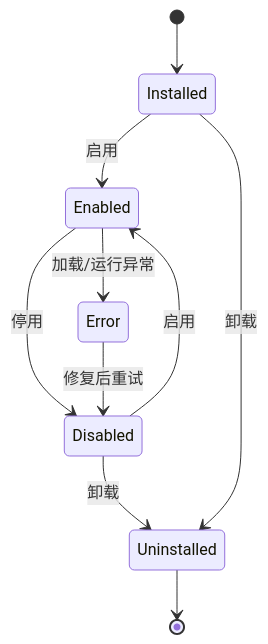
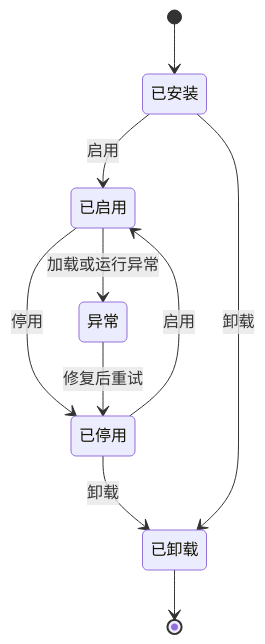
Before and after one commit to yswenli/luban-agent: the second of 2 diagrams in docs/PRD-插件体系与新建项目插件.md, drawn with Mermaid. The commit also changed other lines of this file, not shown here.

First line of the commit message:
docs: PRD v0.11 新增 Step6 推送到新代码库、七步草图、去代码化

````diff
--- a/docs/PRD-插件体系与新建项目插件.md
+++ b/docs/PRD-插件体系与新建项目插件.md
@@ -771,12 +825,12 @@
 ```mermaid
 stateDiagram-v2
-    [*] --> Installed
-    Installed --> Enabled: 启用
-    Enabled --> Disabled: 停用
-    Disabled --> Enabled: 启用
-    Enabled --> Error: 加载/运行异常
-    Error --> Disabled: 修复后重试
-    Disabled --> Uninstalled: 卸载
-    Installed --> Uninstalled: 卸载
-    Uninstalled --> [*]
+    [*] --> 已安装
+    已安装 --> 已启用: 启用
+    已启用 --> 已停用: 停用
+    已停用 --> 已启用: 启用
+    已启用 --> 异常: 加载或运行异常
+    异常 --> 已停用: 修复后重试
+    已停用 --> 已卸载: 卸载
+    已安装 --> 已卸载: 卸载
+    已卸载 --> [*]
 ```
````
